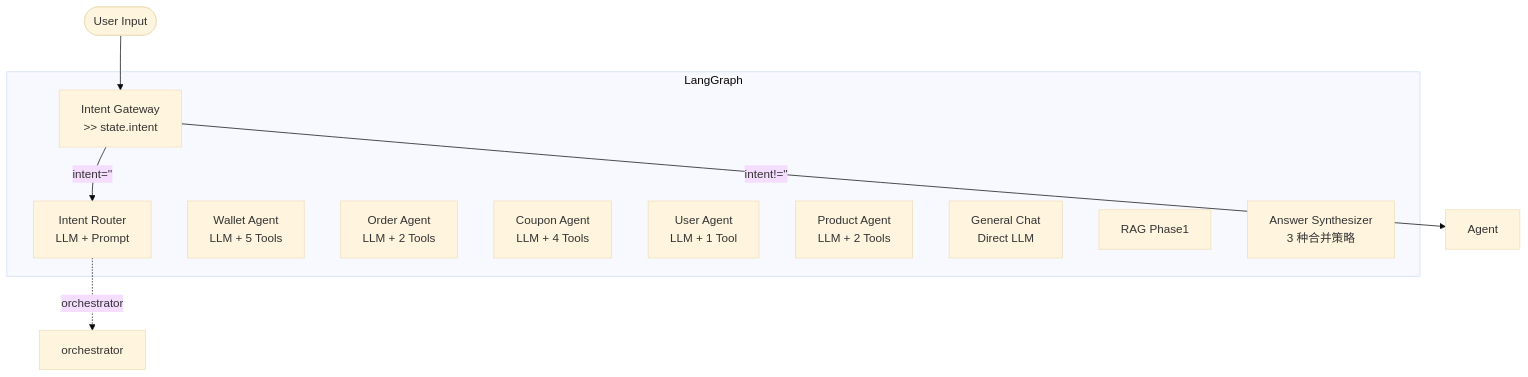
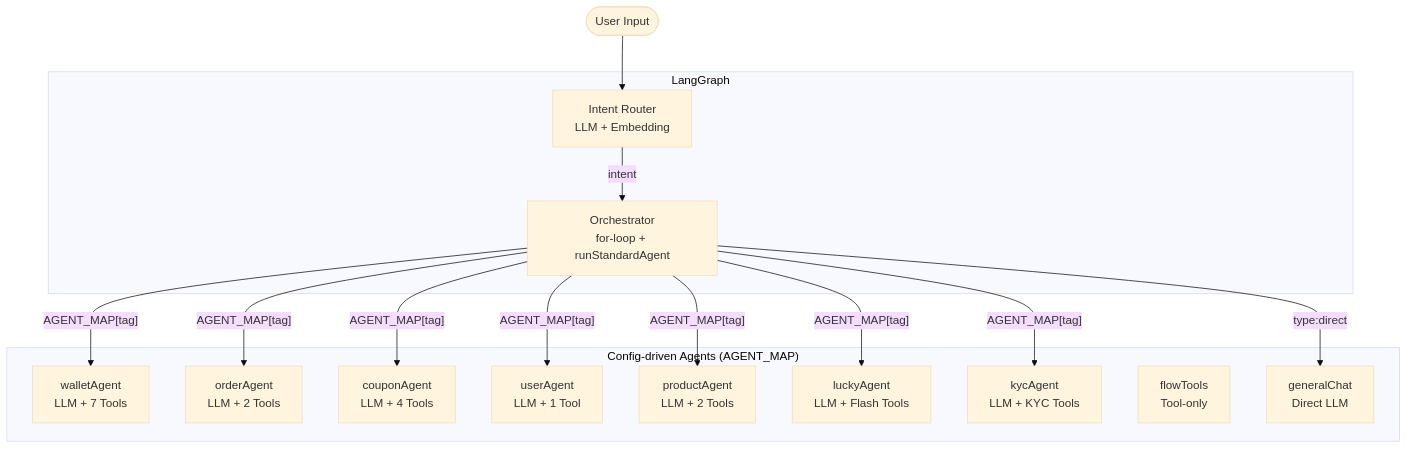
One commit to MrBigPorter/JoyMini_Nest_Monorepo changed the diagram in docs/AI-joymini/PROGRESS.md. Above: the diagram before and after it, drawn with Mermaid (base theme). The commit also changed other lines of this file and 57 other files, not shown here.

First line of the commit message:
refactor(tools): unify all tool files to use @lucky/shared toResultChain chain style

````diff
--- a/docs/AI-joymini/PROGRESS.md
+++ b/docs/AI-joymini/PROGRESS.md
@@ -350,20 +356,29 @@
 ```mermaid
 flowchart TD
     User([User Input])
     subgraph LangGraph
-        intentRouter[Intent Router<br/>LLM + Prompt]
-        intentGateway[Intent Gateway<br/>>> state.intent]
-        wallet[Wallet Agent<br/>LLM + 5 Tools]
-        order[Order Agent<br/>LLM + 2 Tools]
-        coupon[Coupon Agent<br/>LLM + 4 Tools]
-        user[User Agent<br/>LLM + 1 Tool]
-        product[Product Agent<br/>LLM + 2 Tools]
-        general[General Chat<br/>Direct LLM]
-        rag[RAG Phase1]
-        answerSynthesizer[Answer Synthesizer<br/>3 种合并策略]
+        intentRouter[Intent Router<br/>LLM + Embedding]
+        orchestrator[Orchestrator<br/>for-loop + runStandardAgent]
     end
-    User --> intentGateway
-    intentGateway -->|"intent=''"| intentRouter
-    intentGateway -->|"intent!=''"| Agent
-    intentRouter -.->|orchestrator| orchestrator
+    subgraph "Config-driven Agents (AGENT_MAP)"
+        wallet[walletAgent<br/>LLM + 7 Tools]
+        order[orderAgent<br/>LLM + 2 Tools]
+        coupon[couponAgent<br/>LLM + 4 Tools]
+        user[userAgent<br/>LLM + 1 Tool]
+        product[productAgent<br/>LLM + 2 Tools]
+        lucky[luckyAgent<br/>LLM + Flash Tools]
+        kyc[kycAgent<br/>LLM + KYC Tools]
+        flow[flowTools<br/>Tool-only]
+        general[generalChat<br/>Direct LLM]
+    end
+    User --> intentRouter
+    intentRouter -->|"intent"| orchestrator
+    orchestrator -->|"AGENT_MAP[tag]"| wallet
+    orchestrator -->|"AGENT_MAP[tag]"| order
+    orchestrator -->|"AGENT_MAP[tag]"| coupon
+    orchestrator -->|"AGENT_MAP[tag]"| user
+    orchestrator -->|"AGENT_MAP[tag]"| product
+    orchestrator -->|"AGENT_MAP[tag]"| lucky
+    orchestrator -->|"AGENT_MAP[tag]"| kyc
+    orchestrator -->|"type:direct"| general
 ```
````
